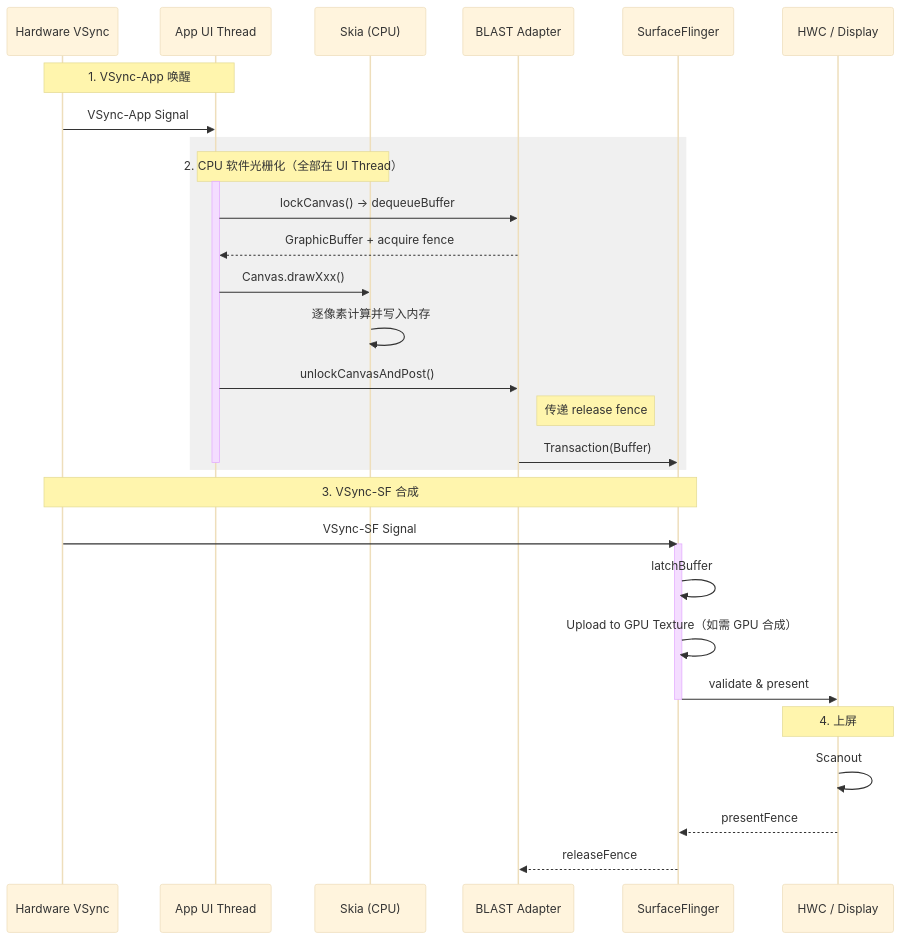
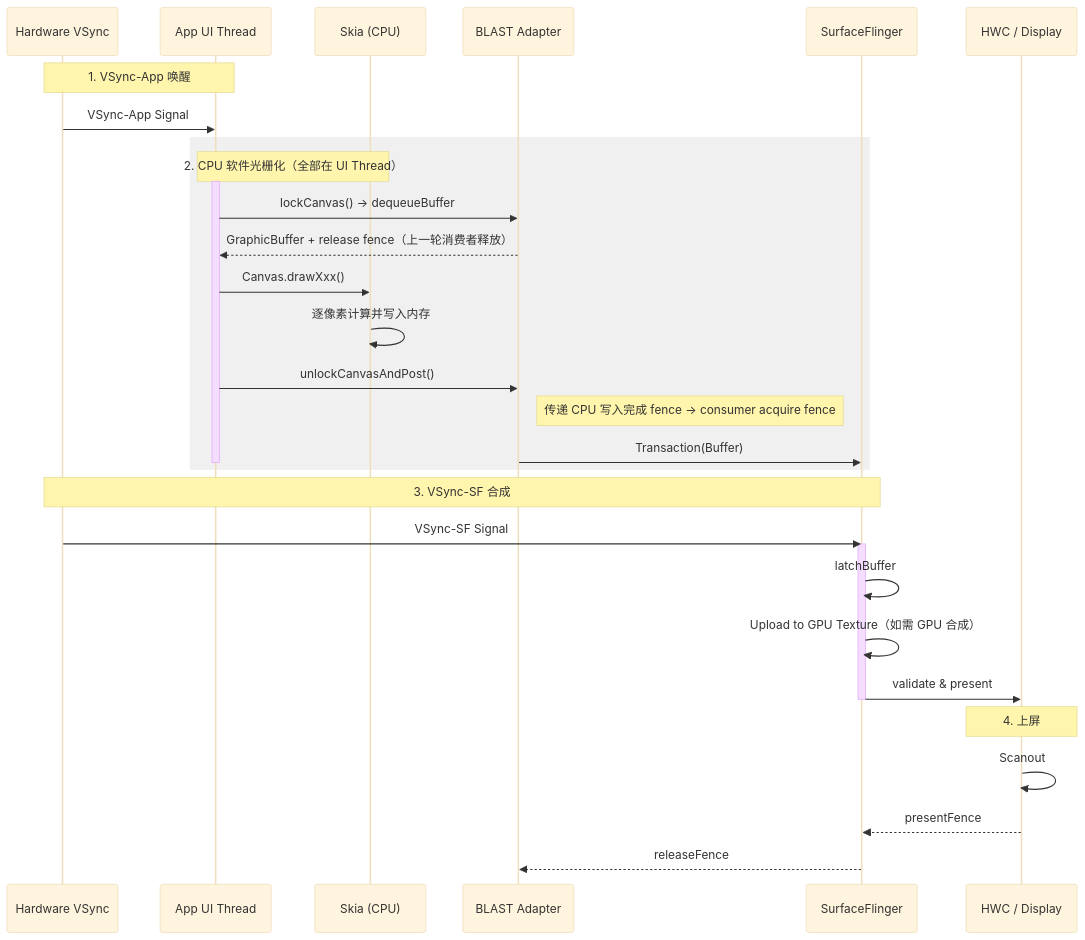
The second of 2 diagrams in src/part2-performance/ch18-rendering-pipelines/03-android-view-software.md (Gracker/android-internals-wiki), drawn with Mermaid (base theme) before and after one commit. The commit also changed other lines of this file and 2 other files, not shown here.

````diff
--- a/src/part2-performance/ch18-rendering-pipelines/03-android-view-software.md
+++ b/src/part2-performance/ch18-rendering-pipelines/03-android-view-software.md
@@ -121,40 +123,40 @@
 ```mermaid
 sequenceDiagram
     participant HW as Hardware VSync
     participant UI as App UI Thread
     participant CPU as Skia (CPU)
     participant BBQ as BLAST Adapter
     participant SF as SurfaceFlinger
     participant HWC as HWC / Display
 
     Note over HW, UI: 1. VSync-App 唤醒
     HW->>UI: VSync-App Signal
     
     rect rgb(240, 240, 240)
         Note over UI, CPU: 2. CPU 软件光栅化（全部在 UI Thread）
         activate UI
         UI->>BBQ: lockCanvas() → dequeueBuffer
-        BBQ-->>UI: GraphicBuffer + acquire fence
+        BBQ-->>UI: GraphicBuffer + release fence（上一轮消费者释放）
         
         UI->>CPU: Canvas.drawXxx()
         CPU->>CPU: 逐像素计算并写入内存
         
         UI->>BBQ: unlockCanvasAndPost()
-        Note right of BBQ: 传递 release fence
+        Note right of BBQ: 传递 CPU 写入完成 fence → consumer acquire fence
         BBQ->>SF: Transaction(Buffer)
         deactivate UI
     end
 
     Note over HW, SF: 3. VSync-SF 合成
     HW->>SF: VSync-SF Signal
     activate SF
     SF->>SF: latchBuffer
     SF->>SF: Upload to GPU Texture（如需 GPU 合成）
     SF->>HWC: validate & present
     deactivate SF
 
     Note over HWC: 4. 上屏
     HWC->>HWC: Scanout
     HWC-->>SF: presentFence
     SF-->>BBQ: releaseFence
 ```
````
